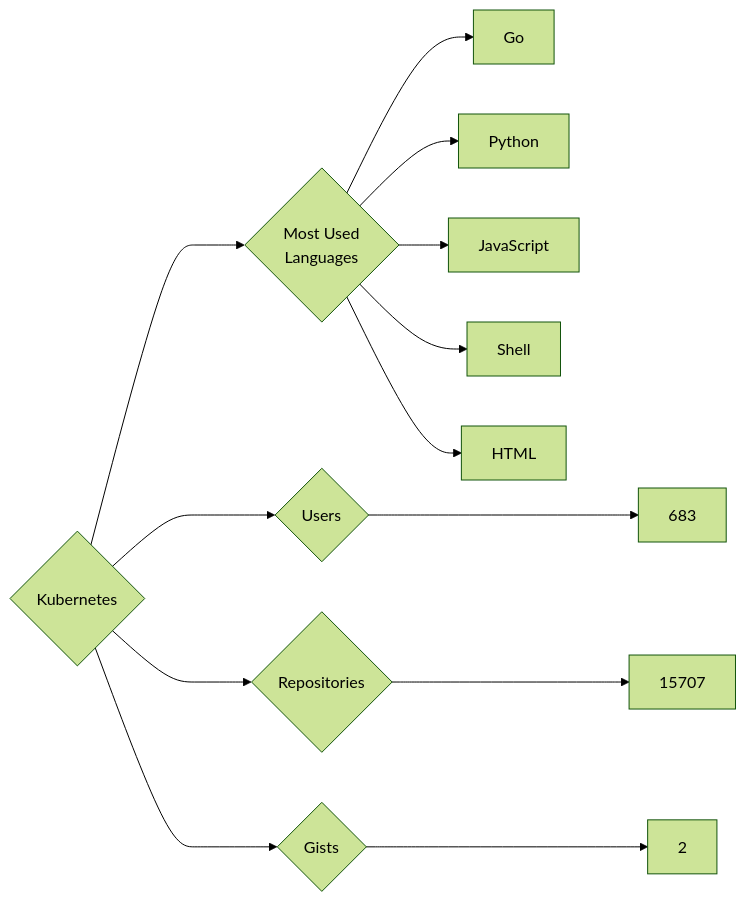
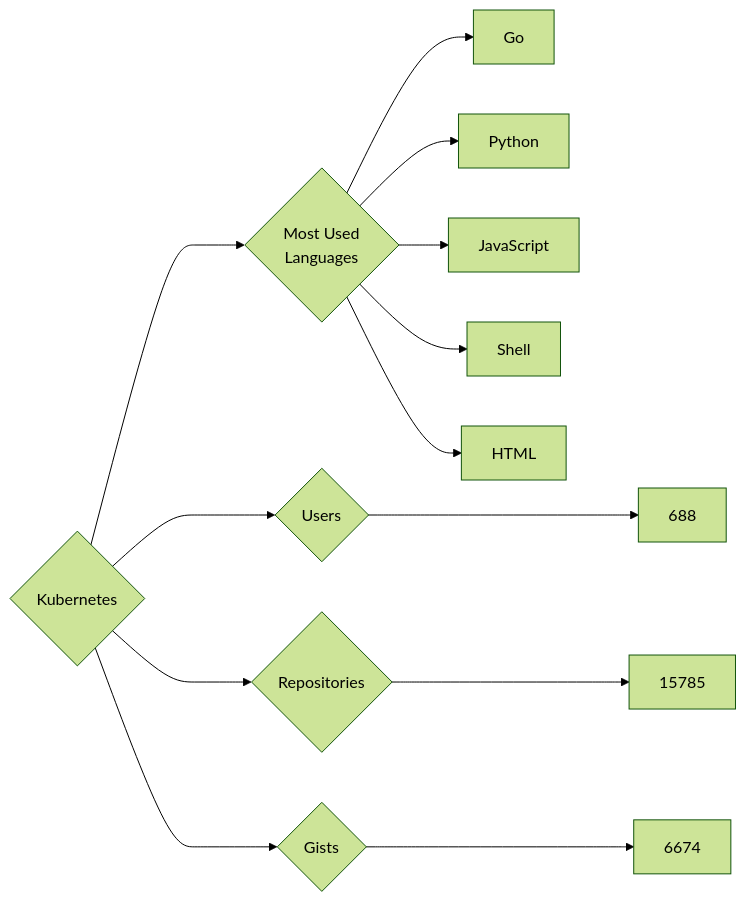
The diagram in targets/Kubernetes/README.md (trickest/insiders), drawn with Mermaid (forest theme) before and after one commit. The commit also changed 773 other files, not shown here.

````diff
--- a/targets/Kubernetes/README.md
+++ b/targets/Kubernetes/README.md
@@ -3,13 +3,13 @@
 ```mermaid
 graph LR
 COMPANY_NAME{Kubernetes}
-COMPANY_NAME ---> U{Users} ---> UN[683]
-COMPANY_NAME ---> R{Repositories} ---> RN[15707]
-COMPANY_NAME ---> G{Gists} ---> GN[2]
+COMPANY_NAME ---> U{Users} ---> UN[688]
+COMPANY_NAME ---> R{Repositories} ---> RN[15785]
+COMPANY_NAME ---> G{Gists} ---> GN[6674]
 COMPANY_NAME ---> ML{Most Used<br>Languages}
 ML --> Go[Go]
 ML --> Python[Python]
 ML --> JavaScript[JavaScript]
 ML --> Shell[Shell]
 ML --> HTML[HTML]
 ```
````
